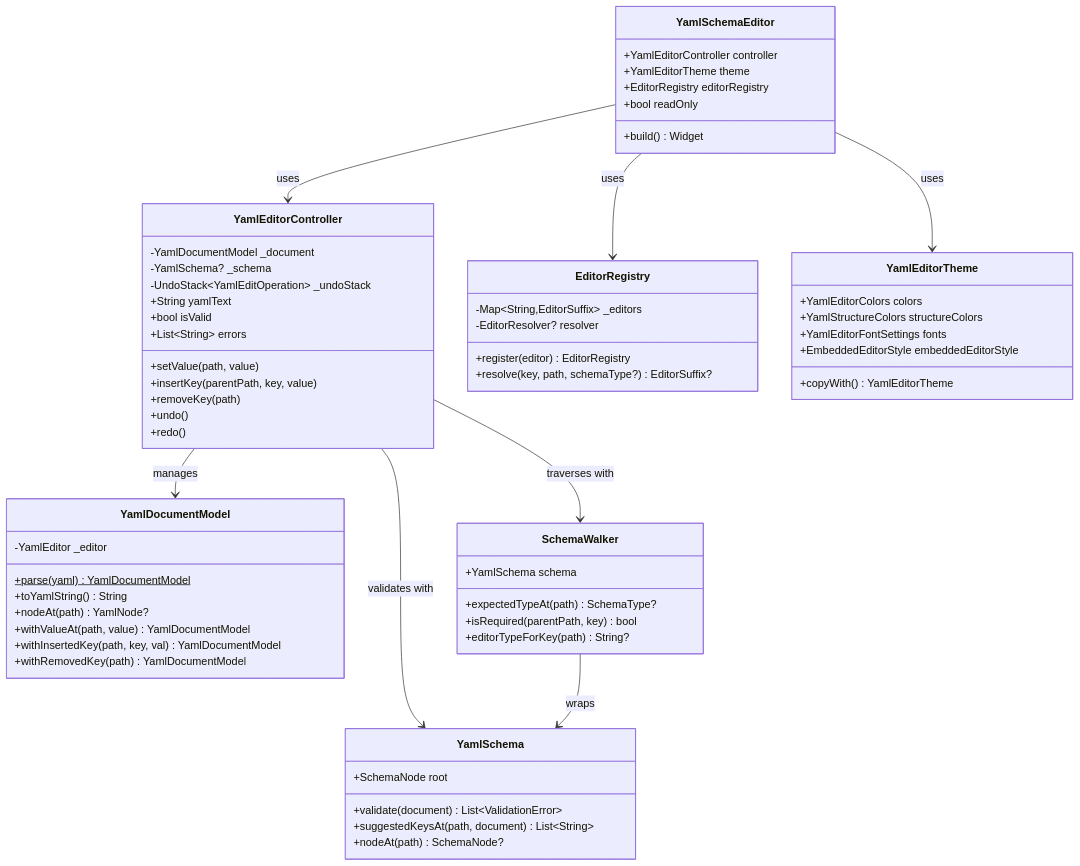
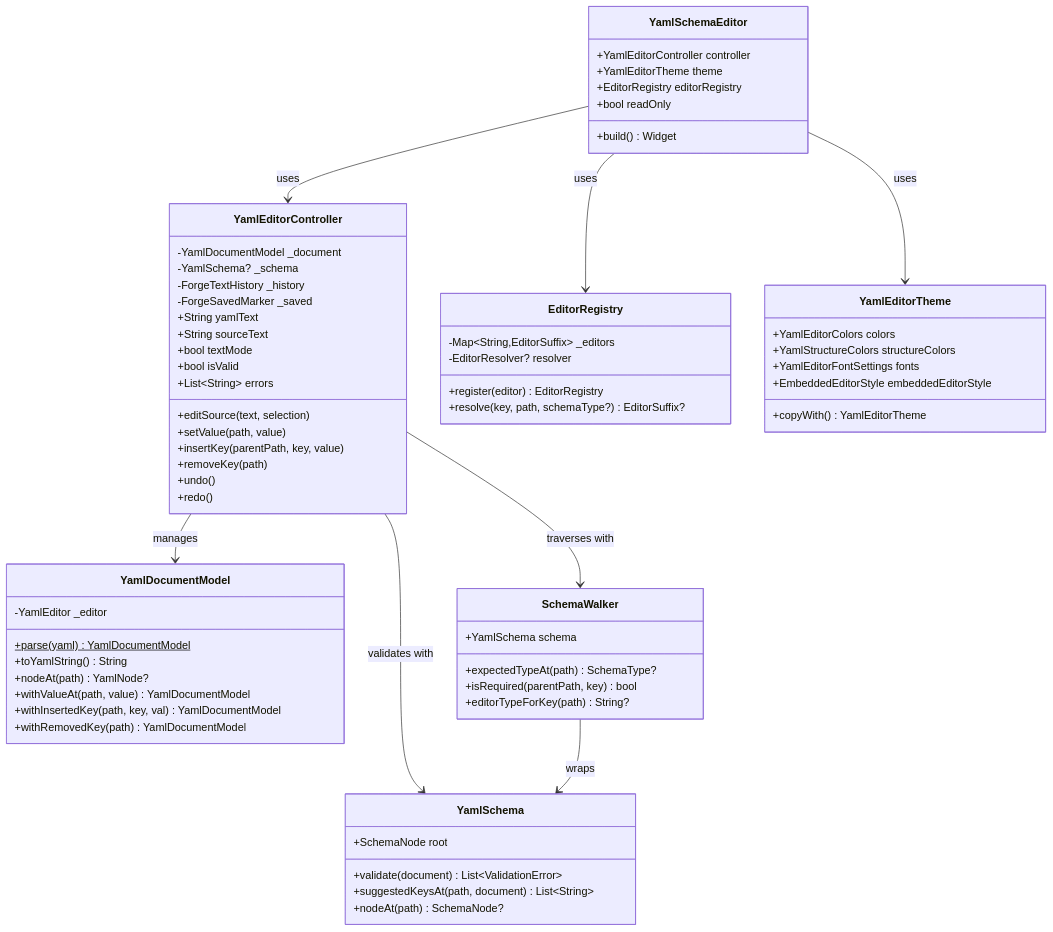
Before and after one commit to al-the-bear/tom_forge_modules: the second of 19 diagrams in tom_yaml_editor/doc/yaml_editor_architecture_design.md, drawn with Mermaid. The commit also changed other lines of this file and 21 other files, not shown here.

````diff
--- a/tom_yaml_editor/doc/yaml_editor_architecture_design.md
+++ b/tom_yaml_editor/doc/yaml_editor_architecture_design.md
@@ -78,71 +78,75 @@
 ```mermaid
 classDiagram
     class YamlSchemaEditor {
         +YamlEditorController controller
         +YamlEditorTheme theme
         +EditorRegistry editorRegistry
         +bool readOnly
         +build() Widget
     }
 
     class YamlEditorController {
         -YamlDocumentModel _document
         -YamlSchema? _schema
-        -UndoStack~YamlEditOperation~ _undoStack
+        -ForgeTextHistory _history
+        -ForgeSavedMarker _saved
         +String yamlText
+        +String sourceText
+        +bool textMode
+        +editSource(text, selection)
         +bool isValid
         +List~String~ errors
         +setValue(path, value)
         +insertKey(parentPath, key, value)
         +removeKey(path)
         +undo()
         +redo()
     }
 
     class YamlDocumentModel {
         -YamlEditor _editor
         +parse(yaml) YamlDocumentModel$
         +toYamlString() String
         +nodeAt(path) YamlNode?
         +withValueAt(path, value) YamlDocumentModel
         +withInsertedKey(path, key, val) YamlDocumentModel
         +withRemovedKey(path) YamlDocumentModel
     }
 
     class YamlSchema {
         +SchemaNode root
         +validate(document) List~ValidationError~
         +suggestedKeysAt(path, document) List~String~
         +nodeAt(path) SchemaNode?
     }
 
     class SchemaWalker {
         +YamlSchema schema
         +expectedTypeAt(path) SchemaType?
         +isRequired(parentPath, key) bool
         +editorTypeForKey(path) String?
     }
 
     class EditorRegistry {
         -Map~String,EditorSuffix~ _editors
         -EditorResolver? resolver
         +register(editor) EditorRegistry
         +resolve(key, path, schemaType?) EditorSuffix?
     }
 
     class YamlEditorTheme {
         +YamlEditorColors colors
         +YamlStructureColors structureColors
         +YamlEditorFontSettings fonts
         +EmbeddedEditorStyle embeddedEditorStyle
         +copyWith() YamlEditorTheme
     }
 
     YamlSchemaEditor --> YamlEditorController : uses
     YamlSchemaEditor --> EditorRegistry : uses
     YamlSchemaEditor --> YamlEditorTheme : uses
     YamlEditorController --> YamlDocumentModel : manages
     YamlEditorController --> YamlSchema : validates with
     YamlEditorController --> SchemaWalker : traverses with
     SchemaWalker --> YamlSchema : wraps
 ```
````
